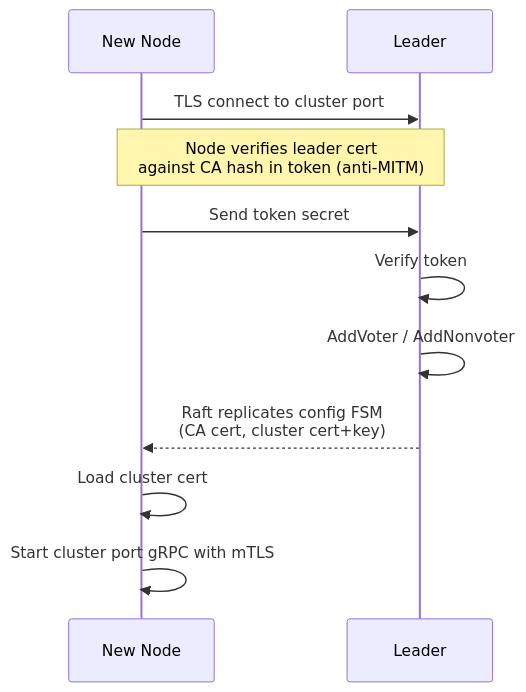
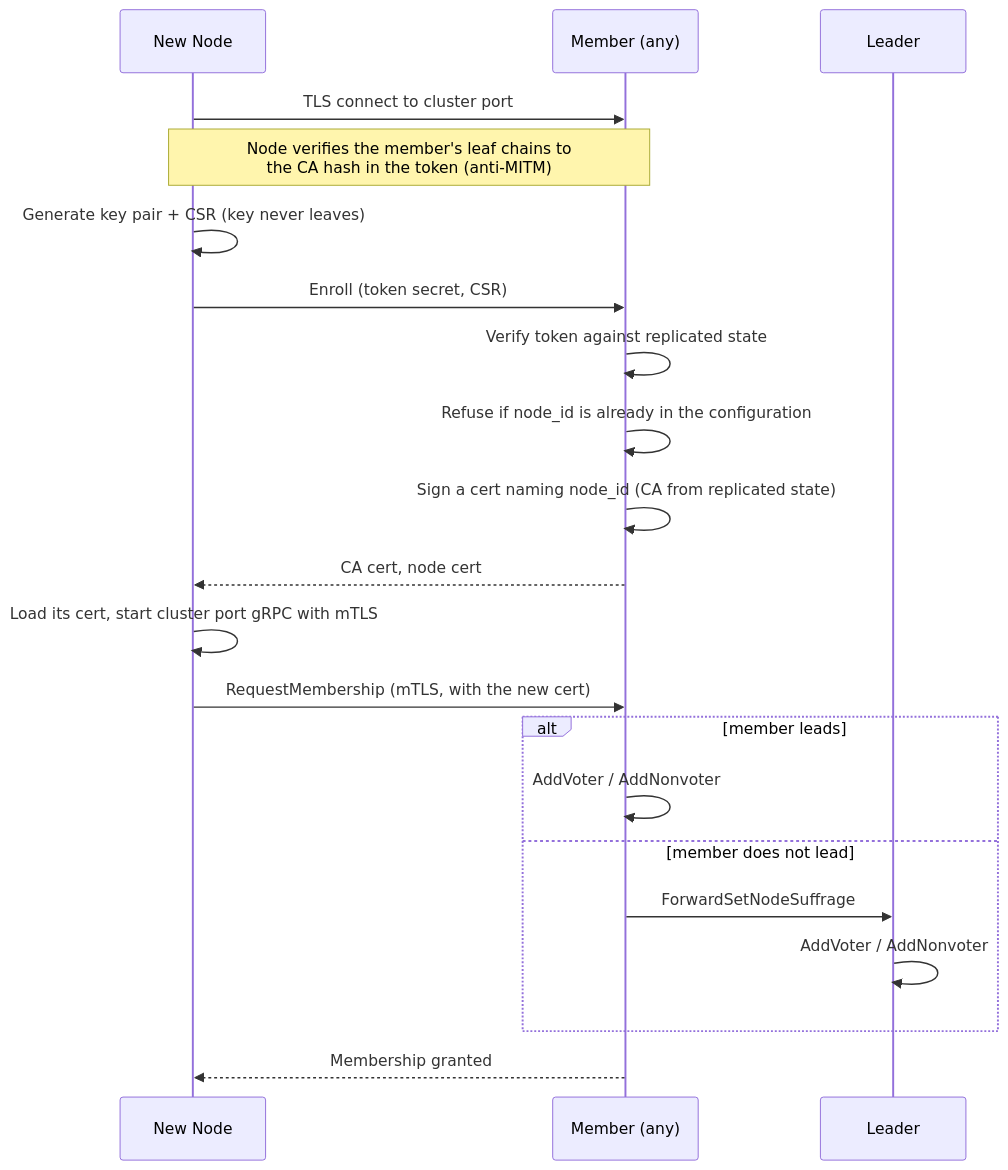
The third of 5 diagrams in docs/cluster_enrollment.md (kluzzebass/gastrolog), drawn with Mermaid before and after one commit. The commit also changed other lines of this file and 71 other files, not shown here.

````diff
--- a/docs/cluster_enrollment.md
+++ b/docs/cluster_enrollment.md
@@ -66,14 +72,24 @@
 ```mermaid
 sequenceDiagram
     participant N as New Node
+    participant M as Member (any)
     participant L as Leader
 
-    N->>L: TLS connect to cluster port
-    Note over N,L: Node verifies leader cert<br>against CA hash in token (anti-MITM)
-    N->>L: Send token secret
-    L->>L: Verify token
-    L->>L: AddVoter / AddNonvoter
-    L-->>N: Raft replicates config FSM<br>(CA cert, cluster cert+key)
-    N->>N: Load cluster cert
-    N->>N: Start cluster port gRPC with mTLS
+    N->>M: TLS connect to cluster port
+    Note over N,M: Node verifies the member's leaf chains to<br>the CA hash in the token (anti-MITM)
+    N->>N: Generate key pair + CSR (key never leaves)
+    N->>M: Enroll (token secret, CSR)
+    M->>M: Verify token against replicated state
+    M->>M: Refuse if node_id is already in the configuration
+    M->>M: Sign a cert naming node_id (CA from replicated state)
+    M-->>N: CA cert, node cert
+    N->>N: Load its cert, start cluster port gRPC with mTLS
+    N->>M: RequestMembership (mTLS, with the new cert)
+    alt member leads
+        M->>M: AddVoter / AddNonvoter
+    else member does not lead
+        M->>L: ForwardSetNodeSuffrage
+        L->>L: AddVoter / AddNonvoter
+    end
+    M-->>N: Membership granted
 ```
````
